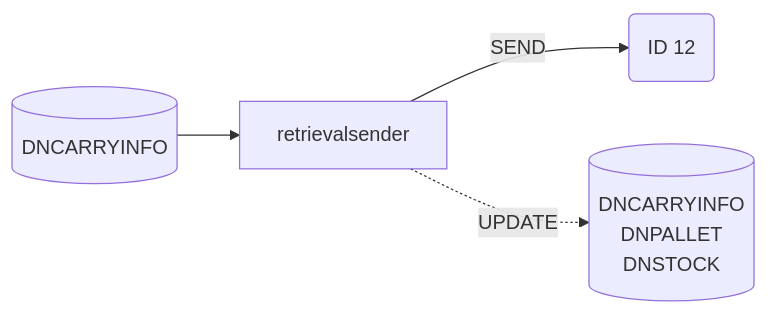
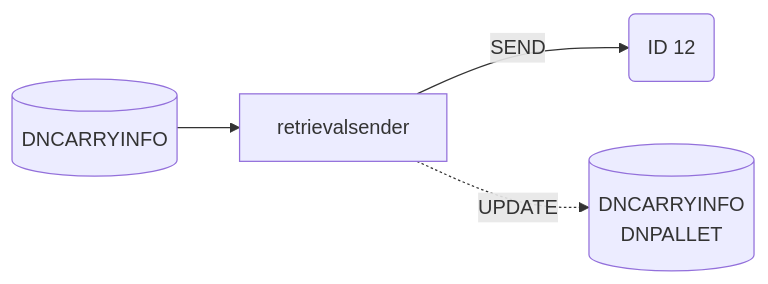
The third of 7 diagrams in Basic-Design/DFD-WMS/Retrieval/Unplanned-Retrieval-from-OP-Area-(PKG).md (luthfiadityaa/SimeDarby-Wiki), drawn with Mermaid before and after one commit.

Commit message:
Updated Unplanned Retrieval from OP Area (PKG)

```diff
--- a/Basic-Design/DFD-WMS/Retrieval/Unplanned-Retrieval-from-OP-Area-(PKG).md
+++ b/Basic-Design/DFD-WMS/Retrieval/Unplanned-Retrieval-from-OP-Area-(PKG).md
@@ -180,20 +180,19 @@
 ::: mermaid
 flowchart LR
 
 retrievalsender-input[("
 DNCARRYINFO
 ")]
 
 retrievalsender-update[("
 DNCARRYINFO
 DNPALLET
-DNSTOCK
 ")]
 
 id12msg("
 ID 12
 ")
 
 retrievalsender--SEND-->id12msg
 retrievalsender-input-->retrievalsender-.UPDATE.->retrievalsender-update
 :::
```
